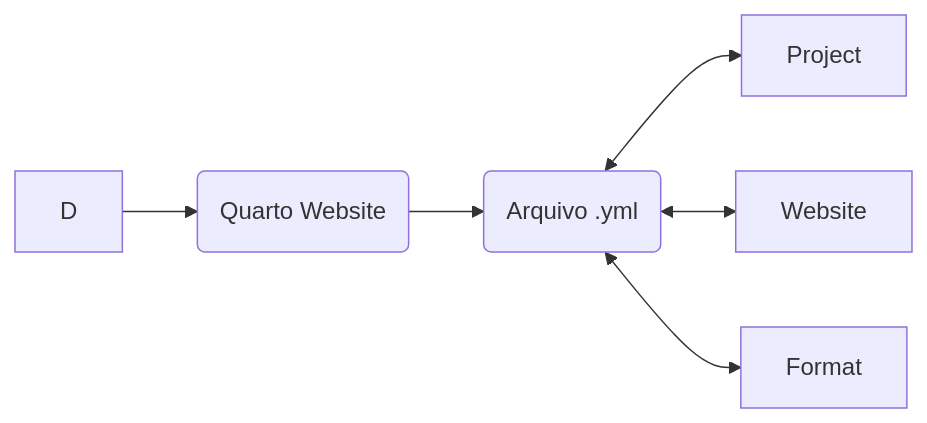
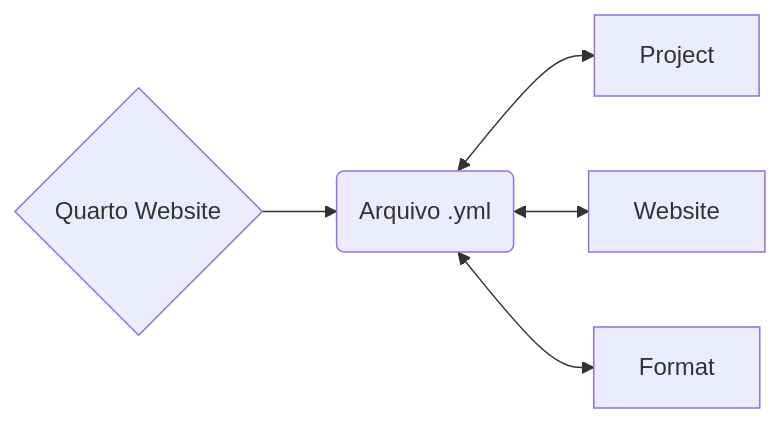
The second of 3 diagrams in introducao_quarto_markdown.qmd (francojra/introducao_ao_quarto), drawn with Mermaid before and after one commit. The commit also changed other lines of this file, not shown here.

````diff
--- a/introducao_quarto_markdown.qmd
+++ b/introducao_quarto_markdown.qmd
@@ -80,8 +80,7 @@
 ```{mermaid}
 flowchart LR
-  D -->  E(Quarto Website)
-  E -->  F(Arquivo .yml)
+  E{Quarto Website} --> F(Arquivo .yml)
   F <--> G[Project]
   F <--> H[Website]
   F <--> I[Format]
 ```
````
